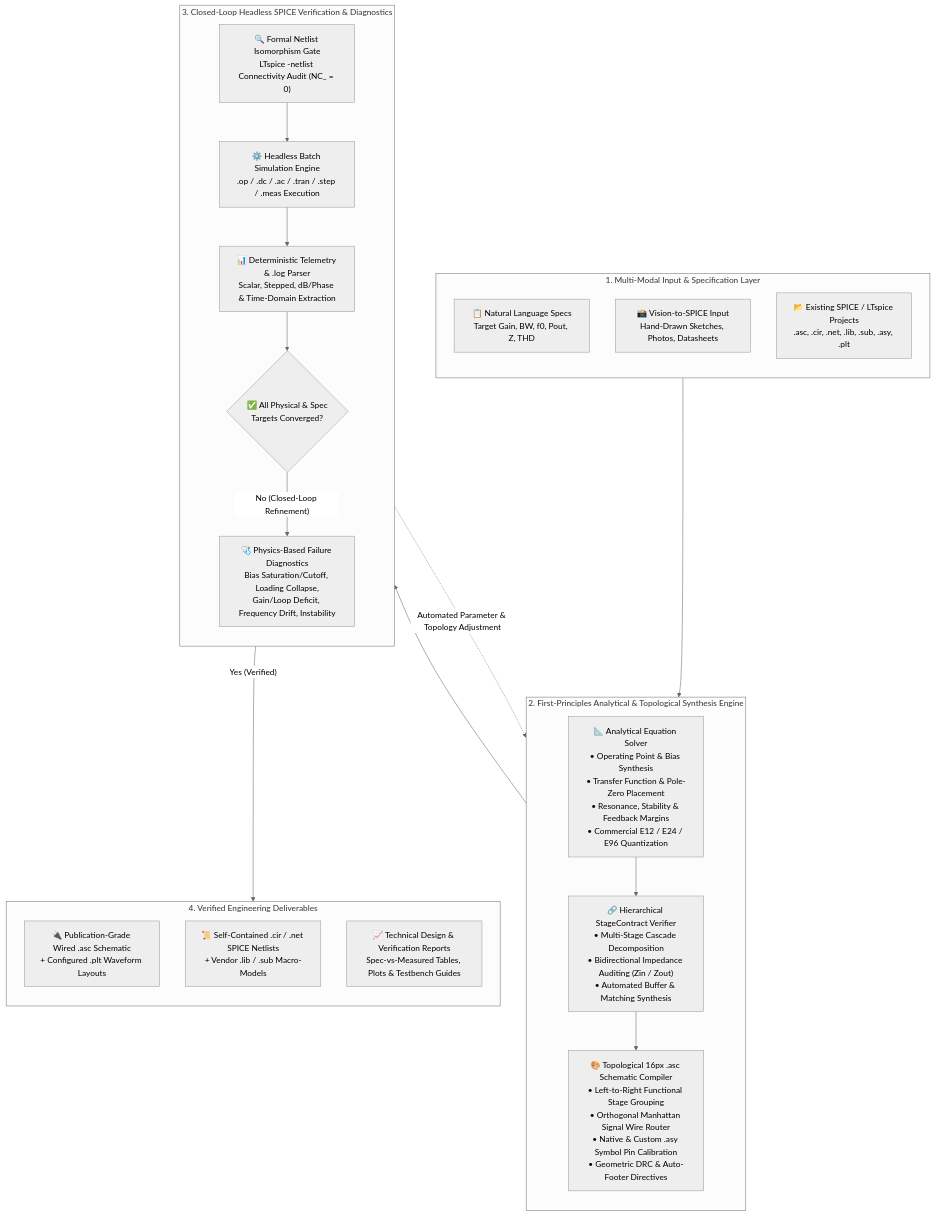
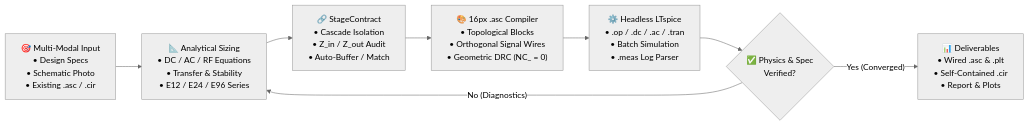
The diagram in README.md (Caiobinha1/AI-SPICE), drawn with Mermaid (neutral theme) before and after one commit.

Commit message:
docs(readme): restore compact symmetrical horizontal flowchart LR architecture diagram

````diff
--- a/README.md
+++ b/README.md
@@ -36,40 +36,10 @@
 ```mermaid
-flowchart TD
-    subgraph INPUT["1. Multi-Modal Input & Specification Layer"]
-        direction TB
-        I1["📋 Natural Language Specs\nTarget Gain, BW, f0, Pout, Z, THD"]
-        I2["📸 Vision-to-SPICE Input\nHand-Drawn Sketches, Photos, Datasheets"]
-        I3["📂 Existing SPICE / LTspice Projects\n.asc, .cir, .net, .lib, .sub, .asy, .plt"]
-    end
-
-    subgraph ENGINE["2. First-Principles Analytical & Topological Synthesis Engine"]
-        direction TB
-        S1["📐 Analytical Equation Solver\n• Operating Point & Bias Synthesis\n• Transfer Function & Pole-Zero Placement\n• Resonance, Stability & Feedback Margins\n• Commercial E12 / E24 / E96 Quantization"]
-        S2["🔗 Hierarchical StageContract Verifier\n• Multi-Stage Cascade Decomposition\n• Bidirectional Impedance Auditing (Zin / Zout)\n• Automated Buffer & Matching Synthesis"]
-        S3["🎨 Topological 16px .asc Schematic Compiler\n• Left-to-Right Functional Stage Grouping\n• Orthogonal Manhattan Signal Wire Router\n• Native & Custom .asy Symbol Pin Calibration\n• Geometric DRC & Auto-Footer Directives"]
-        S1 --> S2 --> S3
-    end
-
-    subgraph LOOP["3. Closed-Loop Headless SPICE Verification & Diagnostics"]
-        direction TB
-        V1["🔍 Formal Netlist Isomorphism Gate\nLTspice -netlist Connectivity Audit (NC_ = 0)"]
-        V2["⚙️ Headless Batch Simulation Engine\n.op / .dc / .ac / .tran / .step / .meas Execution"]
-        V3["📊 Deterministic Telemetry & .log Parser\nScalar, Stepped, dB/Phase & Time-Domain Extraction"]
-        V4{"✅ All Physical & Spec\nTargets Converged?"}
-        V5["🩺 Physics-Based Failure Diagnostics\nBias Saturation/Cutoff, Loading Collapse,\nGain/Loop Deficit, Frequency Drift, Instability"]
-        V1 --> V2 --> V3 --> V4
-        V4 -- "No (Closed-Loop Refinement)" --> V5
-    end
-
-    subgraph OUTPUT["4. Verified Engineering Deliverables"]
-        direction TB
-        O1["🔌 Publication-Grade Wired .asc Schematic\n+ Configured .plt Waveform Layouts"]
-        O2["📜 Self-Contained .cir / .net SPICE Netlists\n+ Vendor .lib / .sub Macro-Models"]
-        O3["📈 Technical Design & Verification Reports\nSpec-vs-Measured Tables, Plots & Testbench Guides"]
-    end
-
-    INPUT --> ENGINE
-    S3 --> V1
-    V5 -. "Automated Parameter & Topology Adjustment" .-> S1
-    V4 -- "Yes (Verified)" --> OUTPUT
+flowchart LR
+    A["🎯 Multi-Modal Input\n• Design Specs\n• Schematic Photo\n• Existing .asc / .cir"] --> B["📐 Analytical Sizing\n• DC / AC / RF Equations\n• Transfer & Stability\n• E12 / E24 / E96 Series"]
+    B --> C["🔗 StageContract\n• Cascade Isolation\n• Z_in / Z_out Audit\n• Auto-Buffer / Match"]
+    C --> D["🎨 16px .asc Compiler\n• Topological Blocks\n• Orthogonal Signal Wires\n• Geometric DRC (NC_ = 0)"]
+    D --> E["⚙️ Headless LTspice\n• .op / .dc / .ac / .tran\n• Batch Simulation\n• .meas Log Parser"]
+    E --> F{"✅ Physics & Spec\nVerified?"}
+    F -- "No (Diagnostics)" --> B
+    F -- "Yes (Converged)" --> G["📊 Deliverables\n• Wired .asc & .plt\n• Self-Contained .cir\n• Report & Plots"]
 ```
````
